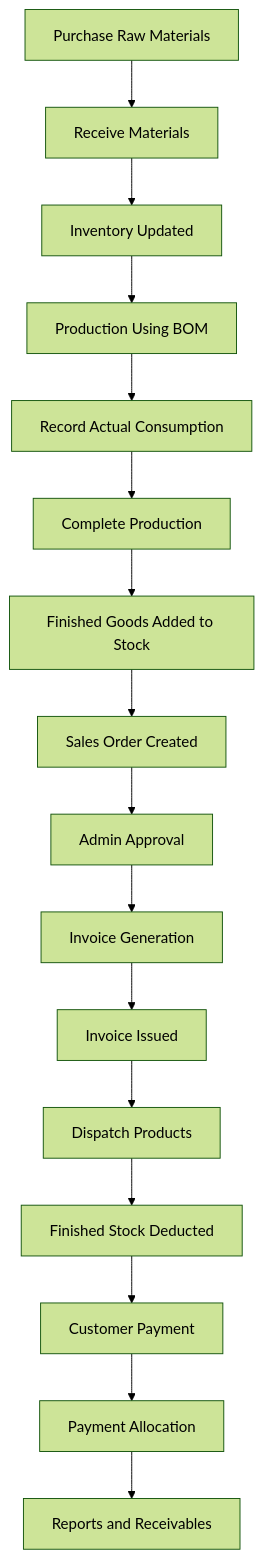
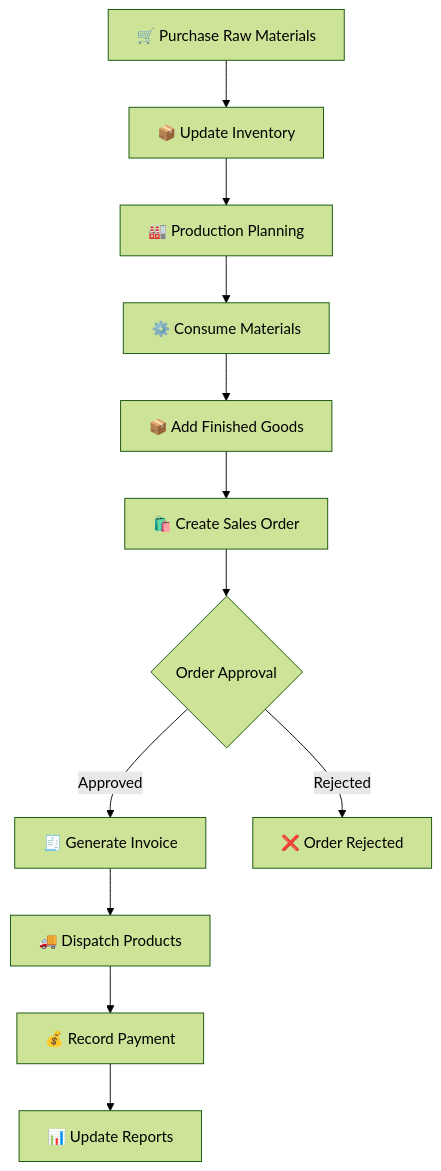
Before and after one commit to adithya782/SnackFlow-ERP: the second of 3 diagrams in README.md, drawn with Mermaid (forest theme). The commit also changed other lines of this file, not shown here.

Commit message:
Improve README with architecture and deployment documentation

````diff
--- a/README.md
+++ b/README.md
@@ -239,18 +114,14 @@
 ```mermaid
 flowchart TD
-    A[Purchase Raw Materials] --> B[Receive Materials]
-    B --> C[Inventory Updated]
-    C --> D[Production Using BOM]
-    D --> E[Record Actual Consumption]
-    E --> F[Complete Production]
-    F --> G[Finished Goods Added to Stock]
-    G --> H[Sales Order Created]
-    H --> I[Admin Approval]
-    I --> J[Invoice Generation]
-    J --> K[Invoice Issued]
-    K --> L[Dispatch Products]
-    L --> M[Finished Stock Deducted]
-    M --> N[Customer Payment]
-    N --> O[Payment Allocation]
-    O --> P[Reports and Receivables]
+    A["🛒 Purchase Raw Materials"] --> B["📦 Update Inventory"]
+    B --> C["🏭 Production Planning"]
+    C --> D["⚙️ Consume Materials"]
+    D --> E["📦 Add Finished Goods"]
+    E --> F["🛍️ Create Sales Order"]
+    F --> G{"Order Approval"}
+    G -->|Approved| H["🧾 Generate Invoice"]
+    H --> I["🚚 Dispatch Products"]
+    I --> J["💰 Record Payment"]
+    J --> K["📊 Update Reports"]
+    G -->|Rejected| L["❌ Order Rejected"]
 ```
````
